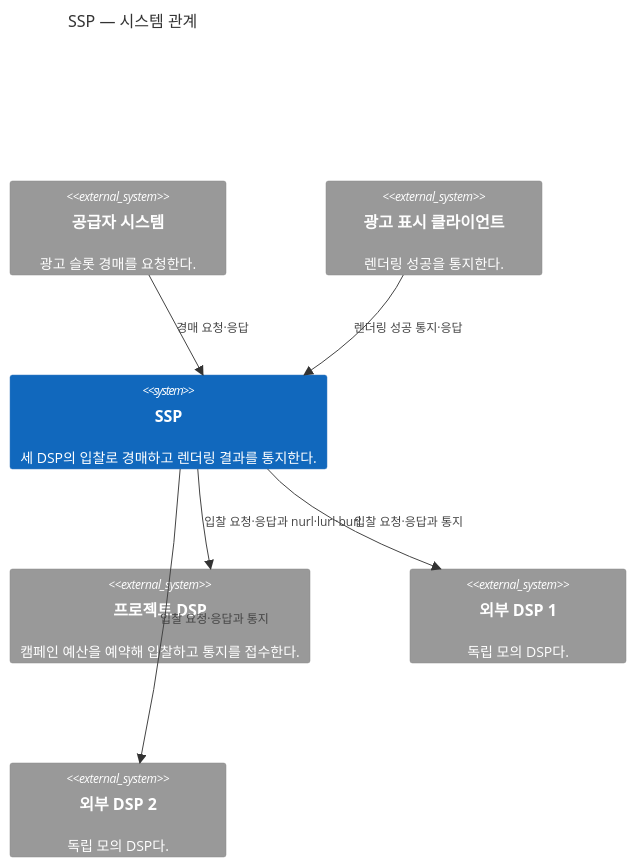
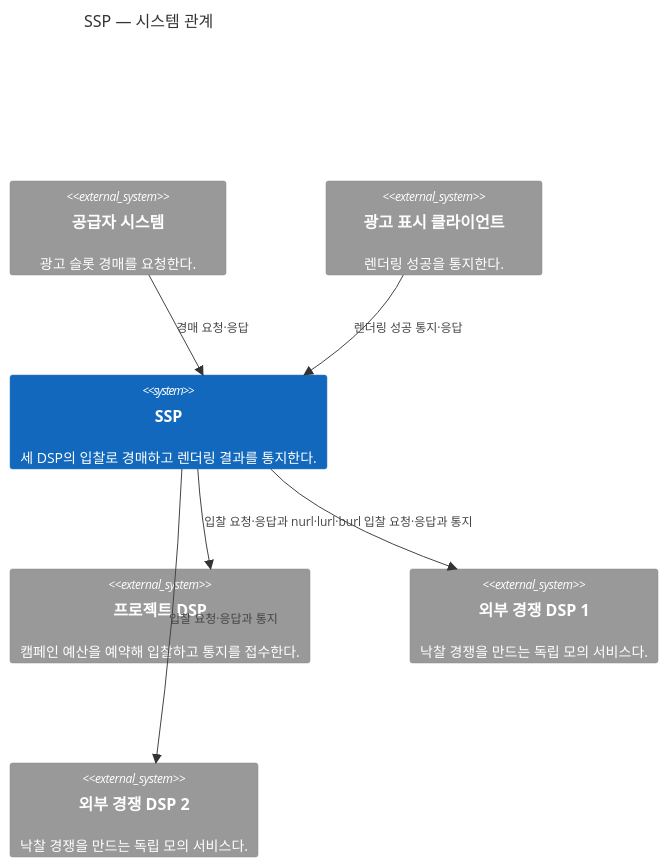
The diagram in docs/architecture/views/ssp-context.md (bbororo5/low-latency-openrtb-auction), drawn with Mermaid before and after one commit. The commit also changed 13 other files, not shown here.

````diff
--- a/docs/architecture/views/ssp-context.md
+++ b/docs/architecture/views/ssp-context.md
@@ -5,19 +5,19 @@
 ```mermaid
 C4Context
     title SSP — 시스템 관계
 
     System_Ext(supplier, "공급자 시스템", "광고 슬롯 경매를 요청한다.")
     System_Ext(ad_client, "광고 표시 클라이언트", "렌더링 성공을 통지한다.")
     System(ssp, "SSP", "세 DSP의 입찰로 경매하고 렌더링 결과를 통지한다.")
     System_Ext(project_dsp, "프로젝트 DSP", "캠페인 예산을 예약해 입찰하고 통지를 접수한다.")
-    System_Ext(external_dsp_1, "외부 DSP 1", "독립 모의 DSP다.")
-    System_Ext(external_dsp_2, "외부 DSP 2", "독립 모의 DSP다.")
+    System_Ext(external_dsp_1, "외부 경쟁 DSP 1", "낙찰 경쟁을 만드는 독립 모의 서비스다.")
+    System_Ext(external_dsp_2, "외부 경쟁 DSP 2", "낙찰 경쟁을 만드는 독립 모의 서비스다.")
 
     Rel(supplier, ssp, "경매 요청·응답")
     Rel(ad_client, ssp, "렌더링 성공 통지·응답")
     Rel(ssp, project_dsp, "입찰 요청·응답과 nurl·lurl·burl")
     Rel(ssp, external_dsp_1, "입찰 요청·응답과 통지")
     Rel(ssp, external_dsp_2, "입찰 요청·응답과 통지")
 
     UpdateLayoutConfig($c4ShapeInRow="3", $c4BoundaryInRow="1")
 ```
````
